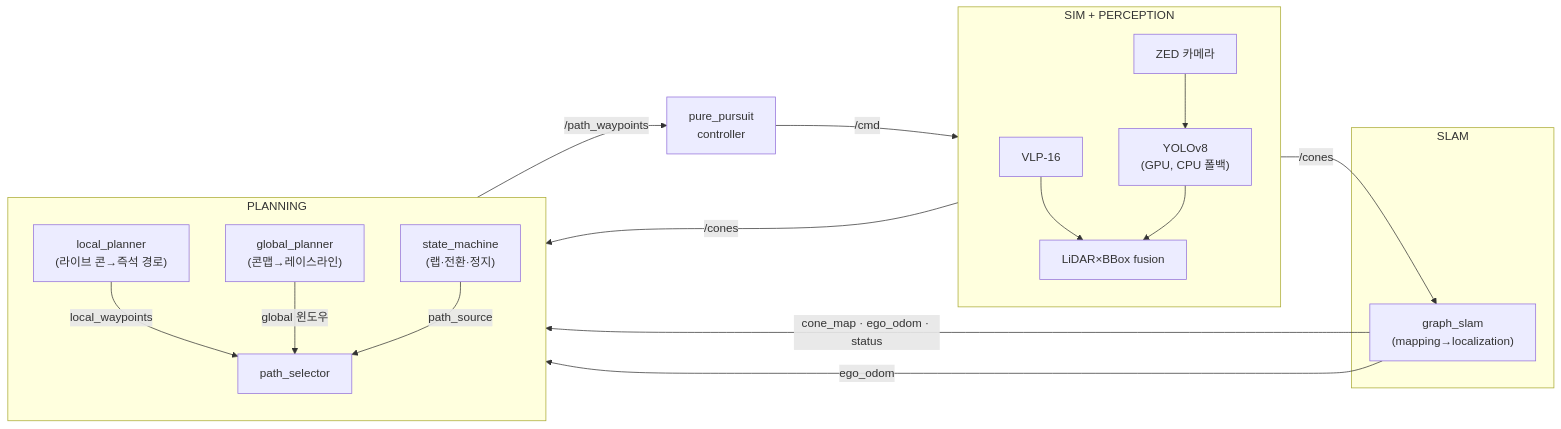
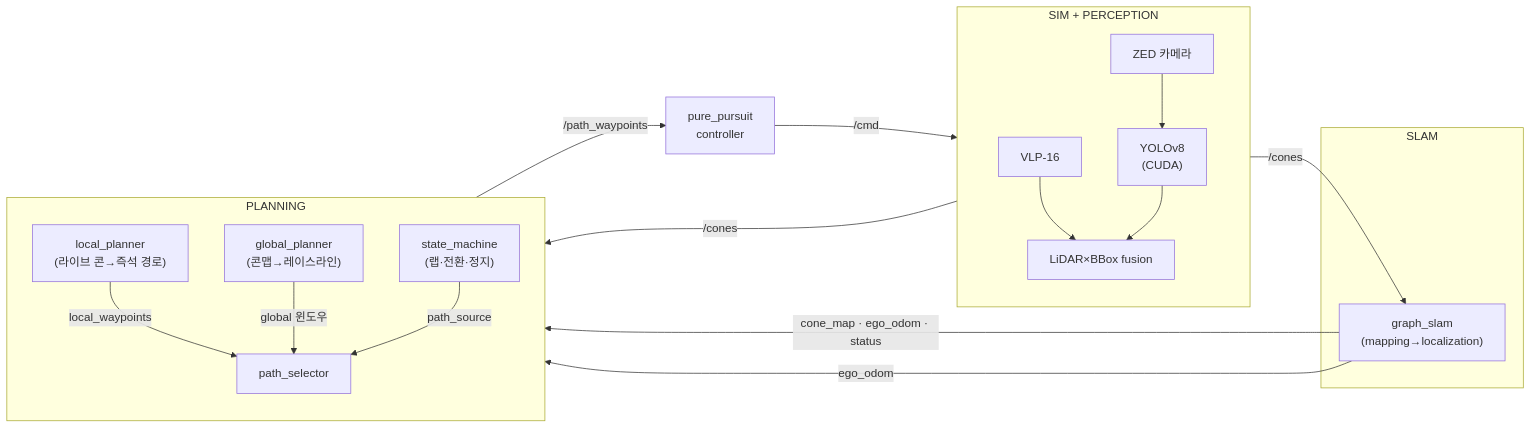
The diagram in README.md (shchon11/HYU-Formula-Student), drawn with Mermaid before and after one commit. The commit also changed other lines of this file and 4 other files, not shown here.

````diff
--- a/README.md
+++ b/README.md
@@ -41,30 +42,30 @@
 ```mermaid
 flowchart LR
     subgraph SP["SIM + PERCEPTION"]
         direction TB
-        ZED["ZED 카메라"] --> YOLO["YOLOv8<br/>(GPU, CPU 폴백)"]
+        ZED["ZED 카메라"] --> YOLO["YOLOv8<br/>(CUDA)"]
         VLP["VLP-16"] --> FUSE["LiDAR×BBox fusion"]
         YOLO --> FUSE
     end
     subgraph SL["SLAM"]
         GS["graph_slam<br/>(mapping→localization)"]
     end
     subgraph PL["PLANNING"]
         direction TB
         LP["local_planner<br/>(라이브 콘→즉석 경로)"]
         GP["global_planner<br/>(콘맵→레이스라인)"]
         SM["state_machine<br/>(랩·전환·정지)"]
         SEL["path_selector"]
     end
     CTRL["pure_pursuit<br/>controller"]
 
     FUSE -->|"/cones"| GS
     FUSE -->|"/cones"| LP
     GS -->|"cone_map · ego_odom · status"| GP
     GS -->|"ego_odom"| LP
     LP -->|"local_waypoints"| SEL
     GP -->|"global 윈도우"| SEL
     SM -->|"path_source"| SEL
     SEL -->|"/path_waypoints"| CTRL
     CTRL -->|"/cmd"| SP
 ```
````
